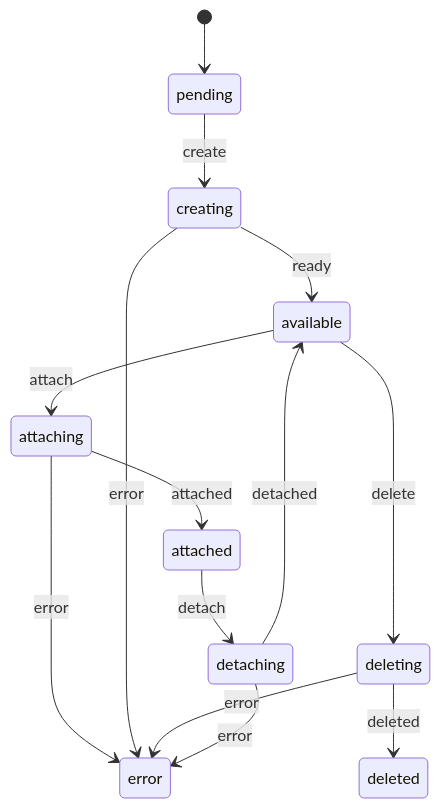
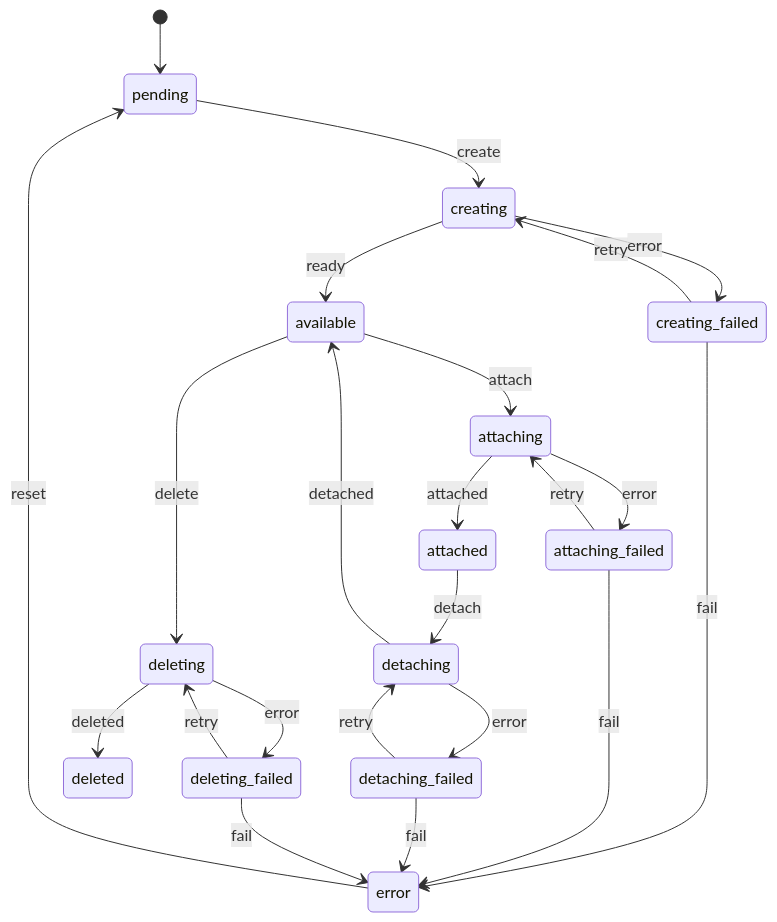
One commit to cire-ly/block-storage-api changed the diagram in README.md. Above: the diagram before and after it, drawn with Mermaid. The commit also changed other lines of this file and 48 other files, not shown here.

````diff
--- a/README.md
+++ b/README.md
@@ -103,16 +121,29 @@
 ```mermaid
 stateDiagram-v2
     [*] --> pending
+    pending --> creating: create
+    creating --> available: ready
+    creating --> creating_failed: error
+    creating_failed --> creating: retry
+    creating_failed --> error: fail
+
+    available --> attaching: attach
+    attaching --> attached: attached
+    attaching --> attaching_failed: error
+    attaching_failed --> attaching: retry
+    attaching_failed --> error: fail
+
     attached --> detaching: detach
-    attaching --> attached: attached
-    attaching --> error: error
-    available --> attaching: attach
+    detaching --> available: detached
+    detaching --> detaching_failed: error
+    detaching_failed --> detaching: retry
+    detaching_failed --> error: fail
+
     available --> deleting: delete
-    creating --> error: error
-    creating --> available: ready
     deleting --> deleted: deleted
-    deleting --> error: error
-    detaching --> available: detached
-    detaching --> error: error
-    pending --> creating: create
+    deleting --> deleting_failed: error
+    deleting_failed --> deleting: retry
+    deleting_failed --> error: fail
+
+    error --> pending: reset
 ```
````
